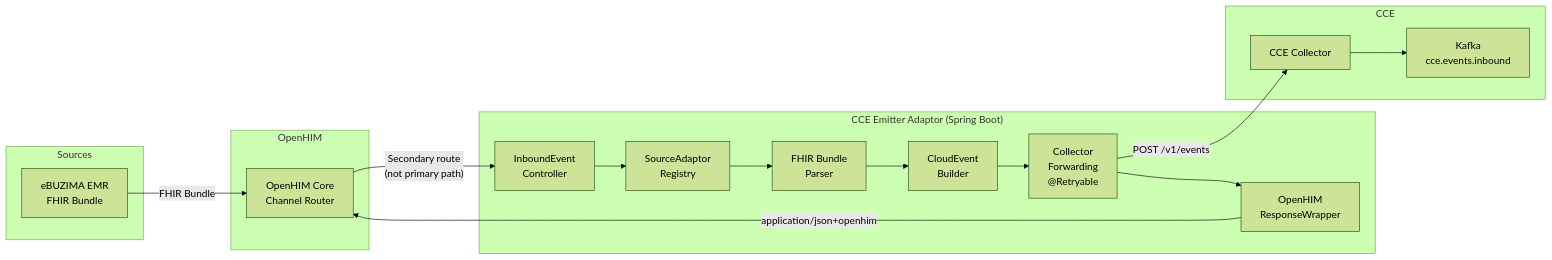
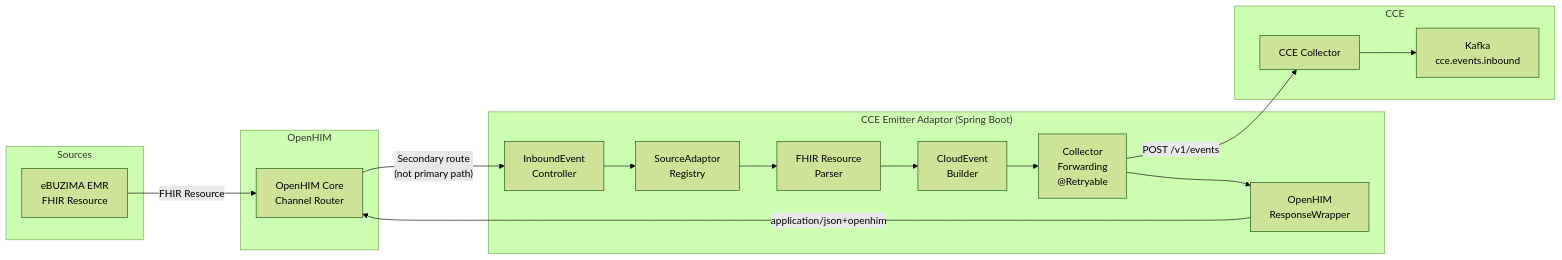
The first of 8 diagrams in docs/flow-diagrams.md (Jayaprakash8887/openhim-cce-emitter-adaptor), drawn with Mermaid (forest theme) before and after one commit. The commit also changed other lines of this file and 4 other files, not shown here.

````diff
--- a/docs/flow-diagrams.md
+++ b/docs/flow-diagrams.md
@@ -7,37 +7,37 @@
 ```mermaid
 flowchart LR
     subgraph Sources
-        EBZ[eBUZIMA EMR<br/>FHIR Bundle]
+        EBZ[eBUZIMA EMR<br/>FHIR Resource]
     end
 
     subgraph OpenHIM
         OHC[OpenHIM Core<br/>Channel Router]
     end
 
     subgraph "CCE Emitter Adaptor (Spring Boot)"
         CTRL[InboundEvent<br/>Controller]
         SA[SourceAdaptor<br/>Registry]
-        PARSE[FHIR Bundle<br/>Parser]
+        PARSE[FHIR Resource<br/>Parser]
         NORM[CloudEvent<br/>Builder]
         FWD["Collector<br/>Forwarding<br/>@Retryable"]
         WRAP[OpenHIM<br/>ResponseWrapper]
     end
 
     subgraph CCE
         COL[CCE Collector]
         KAFKA[Kafka<br/>cce.events.inbound]
     end
 
-    EBZ -->|FHIR Bundle| OHC
+    EBZ -->|FHIR Resource| OHC
 
     OHC -->|"Secondary route<br/>(not primary path)"| CTRL
     CTRL --> SA
     SA --> PARSE
     PARSE --> NORM
     NORM --> FWD
     FWD -->|POST /v1/events| COL
     COL --> KAFKA
 
     FWD --> WRAP
     WRAP -->|application/json+openhim| OHC
 ```
````
